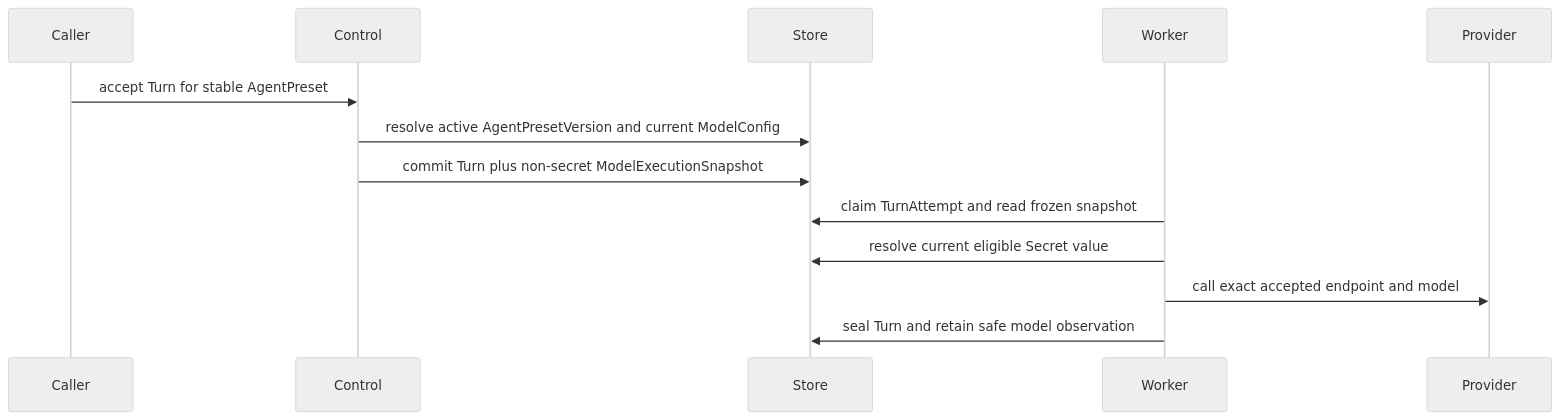
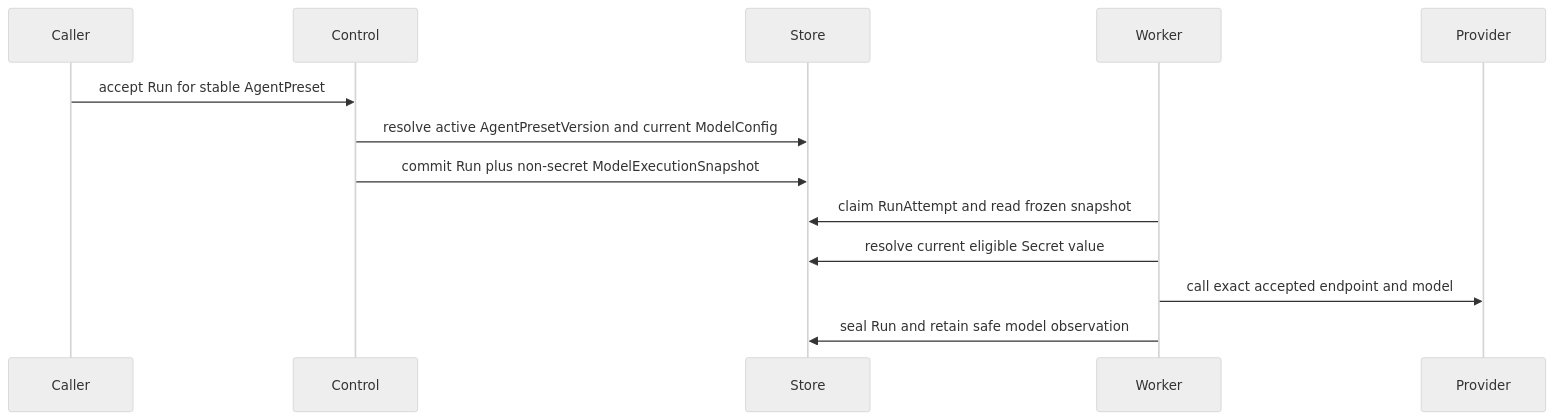
Before and after one commit to LTThreeComma/agent-foundation: the diagram in spec/foundation-service/25-model-management.md, drawn with Mermaid (neutral theme). The commit also changed other lines of this file and 50 other files, not shown here.

````diff
--- a/spec/foundation-service/25-model-management.md
+++ b/spec/foundation-service/25-model-management.md
@@ -185,16 +185,16 @@
 ```mermaid
 sequenceDiagram
     participant Caller
     participant Control
     participant Store
     participant Worker
     participant Provider
 
-    Caller->>Control: accept Turn for stable AgentPreset
+    Caller->>Control: accept Run for stable AgentPreset
     Control->>Store: resolve active AgentPresetVersion and current ModelConfig
-    Control->>Store: commit Turn plus non-secret ModelExecutionSnapshot
-    Worker->>Store: claim TurnAttempt and read frozen snapshot
+    Control->>Store: commit Run plus non-secret ModelExecutionSnapshot
+    Worker->>Store: claim RunAttempt and read frozen snapshot
     Worker->>Store: resolve current eligible Secret value
     Worker->>Provider: call exact accepted endpoint and model
-    Worker->>Store: seal Turn and retain safe model observation
+    Worker->>Store: seal Run and retain safe model observation
 ```
````
